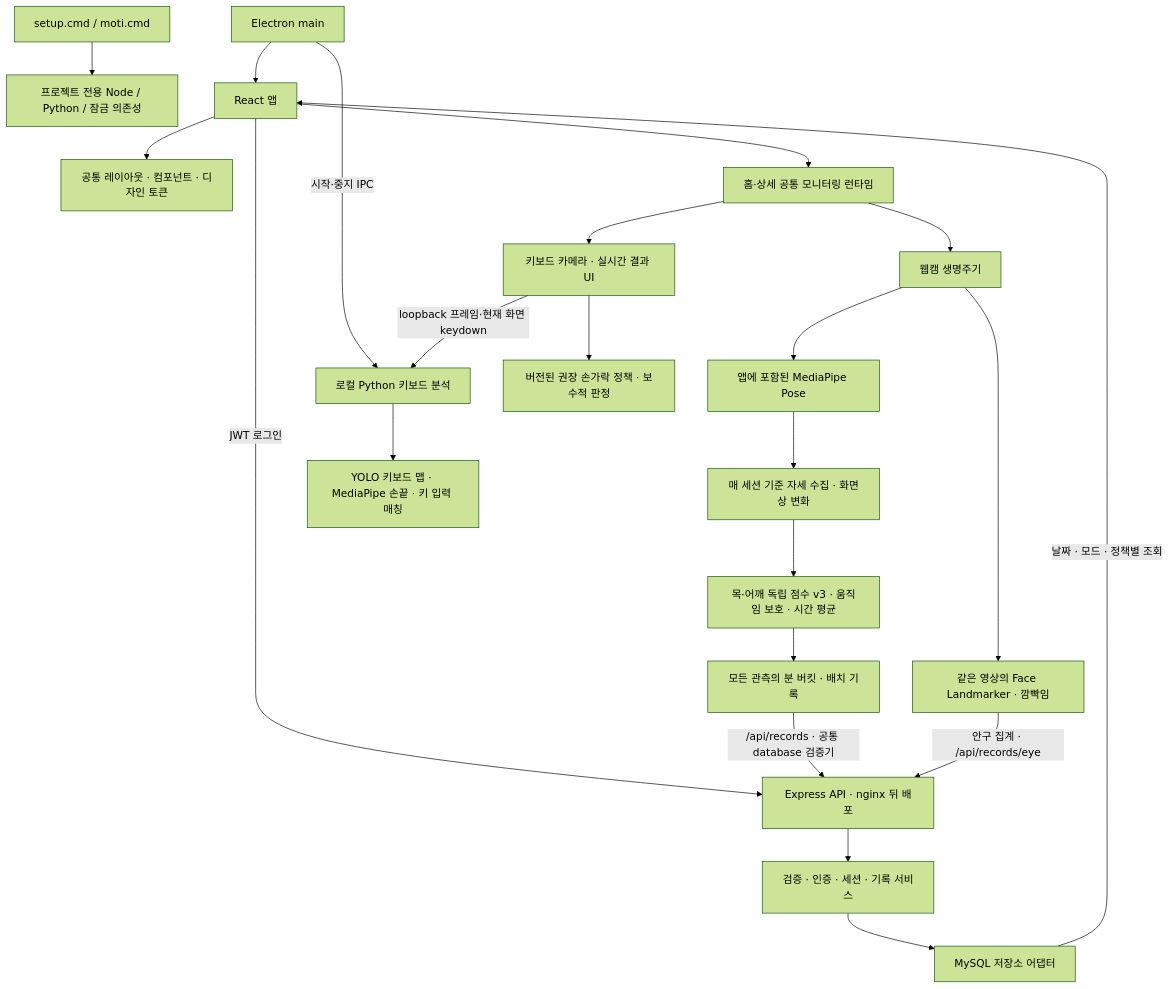
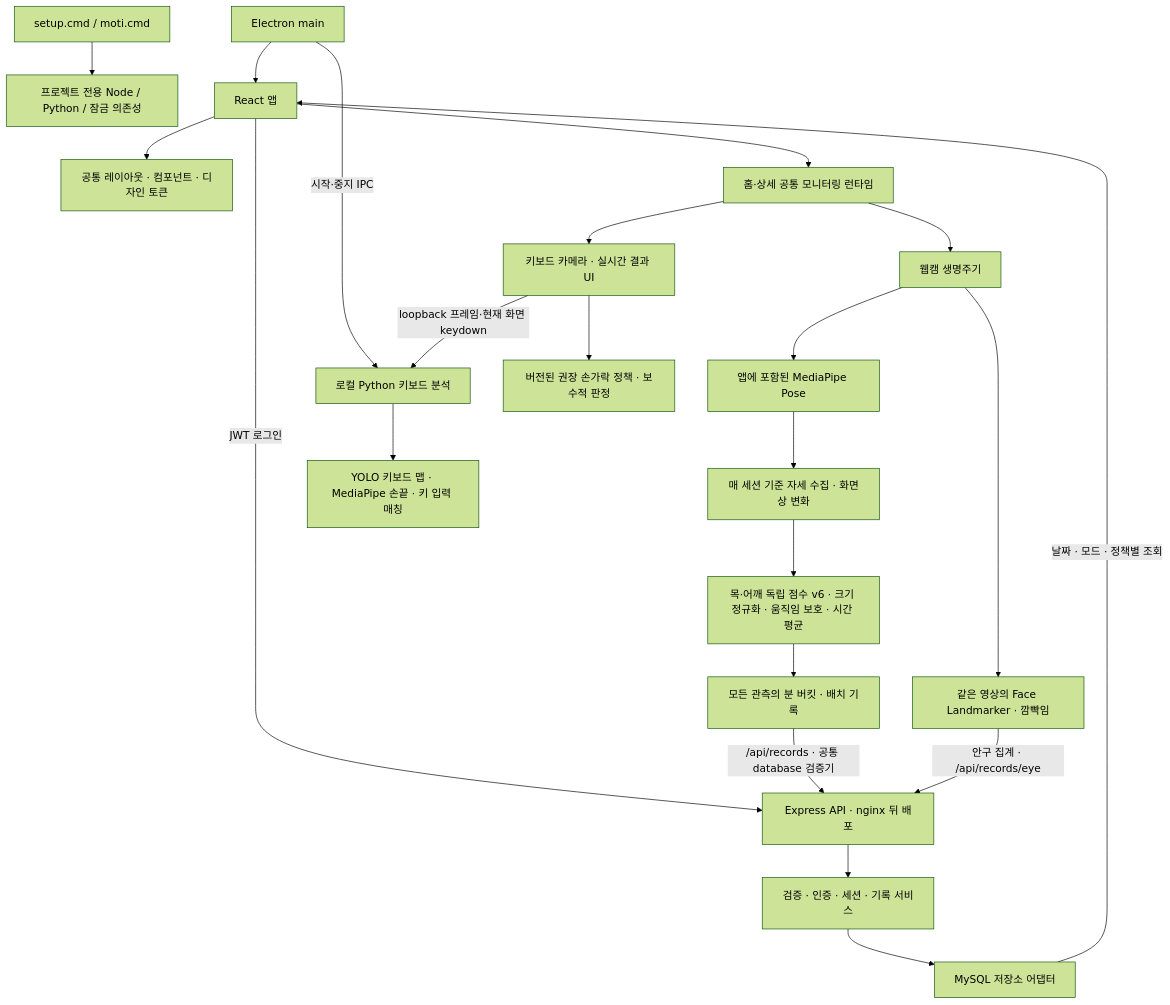
The diagram in docs/architecture.md (Attraaa/Graduation-Project), drawn with Mermaid (forest theme) before and after one commit. The commit also changed other lines of this file and 58 other files, not shown here.

````diff
--- a/docs/architecture.md
+++ b/docs/architecture.md
@@ -7,24 +7,24 @@
 ```mermaid
 flowchart TD
   S[setup.cmd / moti.cmd] --> T[프로젝트 전용 Node / Python / 잠금 의존성]
   E[Electron main] --> R[React 앱]
   E -->|시작·중지 IPC| K[로컬 Python 키보드 분석]
   R --> UI[공통 레이아웃 · 컴포넌트 · 디자인 토큰]
   R --> M[홈·상세 공통 모니터링 런타임]
   M --> W[웹캠 생명주기]
   W --> P[앱에 포함된 MediaPipe Pose]
   W --> EYE[같은 영상의 Face Landmarker · 깜빡임]
   P --> C[매 세션 기준 자세 수집 · 화면상 변화]
-  C --> V1[목·어깨 독립 점수 v3 · 움직임 보호 · 시간 평균]
+  C --> V1[목·어깨 독립 점수 v6 · 크기 정규화 · 움직임 보호 · 시간 평균]
   R -->|JWT 로그인| A[Express API · nginx 뒤 배포]
   V1 --> REC[모든 관측의 분 버킷 · 배치 기록]
   REC -->|/api/records · 공통 database 검증기| A
   EYE -->|안구 집계 · /api/records/eye| A
   A --> V[검증 · 인증 · 세션 · 기록 서비스]
   V --> DB[MySQL 저장소 어댑터]
   DB -->|날짜 · 모드 · 정책별 조회| R
   M --> KM[키보드 카메라 · 실시간 결과 UI]
   KM -->|loopback 프레임·현재 화면 keydown| K
   K --> F[YOLO 키보드 맵 · MediaPipe 손끝 · 키 입력 매칭]
   KM --> FP[버전된 권장 손가락 정책 · 보수적 판정]
 ```
````
